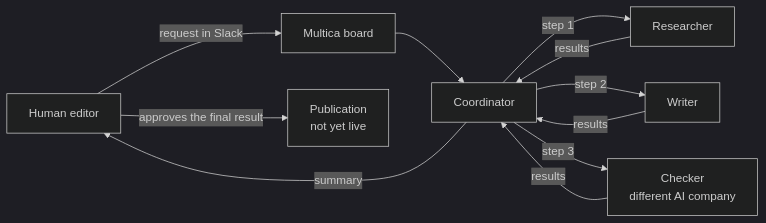
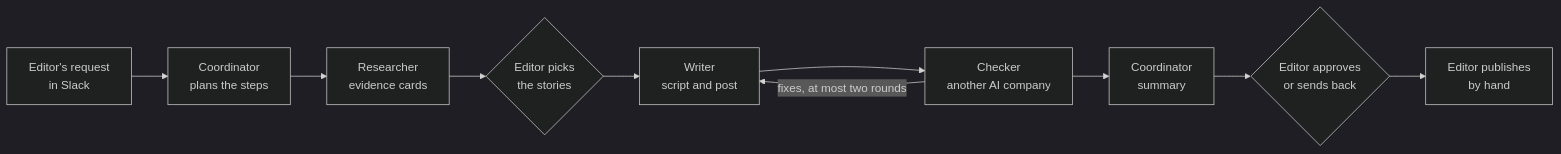
The diagram in README.md (Zeeekrom/tasmania-student-notes-showcase), drawn with Mermaid (dark theme) before and after one commit. The commit also changed other lines of this file and 3 other files, not shown here.

````diff
--- a/README.md
+++ b/README.md
@@ -48,11 +105,12 @@
 ```mermaid
 flowchart LR
-    E[Human editor] -->|request in Slack| B[Multica board]
-    B --> C[Coordinator]
-    C -->|step 1| R[Researcher]
-    C -->|step 2| W[Writer]
-    C -->|step 3| K[Checker<br/>different AI company]
-    R & W & K -->|results| C
-    C -->|summary| E
-    E -->|approves the final result| P[Publication<br/>not yet live]
+    E[Editor's request<br/>in Slack] --> C[Coordinator<br/>plans the steps]
+    C --> R[Researcher<br/>evidence cards]
+    R --> P{Editor picks<br/>the stories}
+    P --> W[Writer<br/>script and post]
+    W --> K[Checker<br/>another AI company]
+    K -->|fixes, at most two rounds| W
+    K --> S[Coordinator<br/>summary]
+    S --> A{Editor approves<br/>or sends back}
+    A --> H[Editor publishes<br/>by hand]
 ```
````
